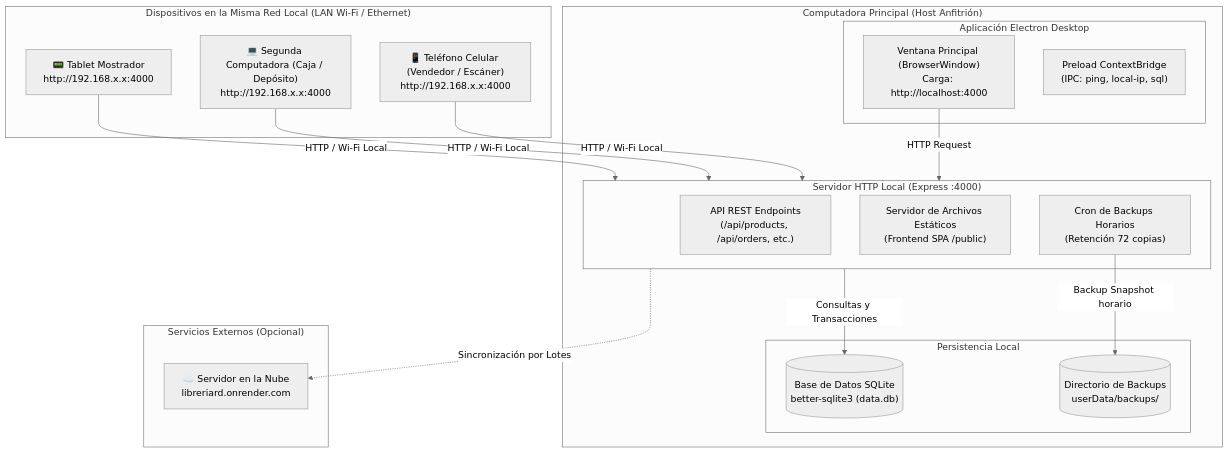
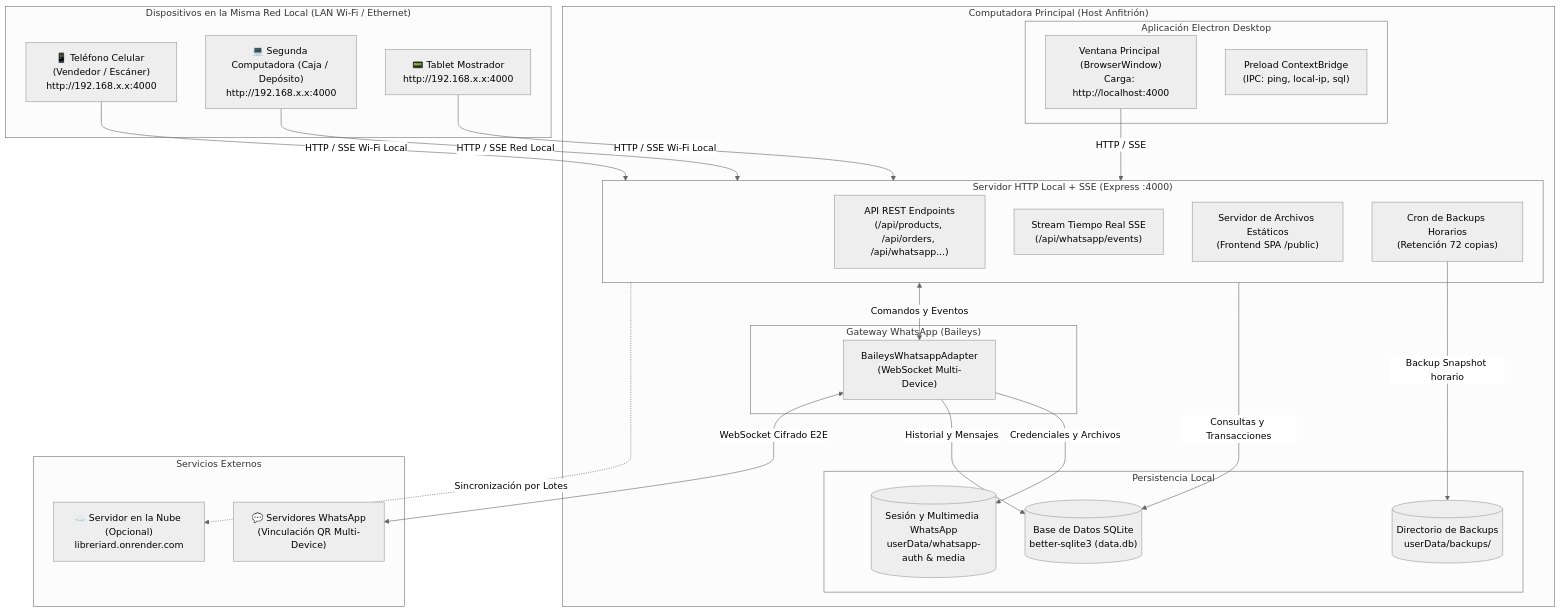
One commit to degetmateo/pos-system-desktop changed the diagram in README.md. Above: the diagram before and after it, drawn with Mermaid (neutral theme). The commit also changed other lines of this file and 115 other files, not shown here.

````diff
--- a/README.md
+++ b/README.md
@@ -11,40 +11,51 @@
 ```mermaid
 flowchart TD
     subgraph Host["Computadora Principal (Host Anfitrión)"]
         subgraph ElectronApp["Aplicación Electron Desktop"]
             BrowserWin["Ventana Principal (BrowserWindow)\nCarga: http://localhost:4000"]
             Preload["Preload ContextBridge\n(IPC: ping, local-ip, sql)"]
         end
 
-        subgraph ExpressServer["Servidor HTTP Local (Express :4000)"]
-            Router["API REST Endpoints\n(/api/products, /api/orders, etc.)"]
+        subgraph ExpressServer["Servidor HTTP Local + SSE (Express :4000)"]
+            Router["API REST Endpoints\n(/api/products, /api/orders, /api/whatsapp...)"]
+            SSE["Stream Tiempo Real SSE\n(/api/whatsapp/events)"]
             StaticServ["Servidor de Archivos Estáticos\n(Frontend SPA /public)"]
             CronJobs["Cron de Backups Horarios\n(Retención 72 copias)"]
         end
 
+        subgraph WaGateway["Gateway WhatsApp (Baileys)"]
+            BaileysSock["BaileysWhatsappAdapter\n(WebSocket Multi-Device)"]
+        end
+
         subgraph Storage["Persistencia Local"]
             SQLite[("Base de Datos SQLite\nbetter-sqlite3 (data.db)")]
+            WaStore[("Sesión y Multimedia WhatsApp\nuserData/whatsapp-auth & media")]
             Backups[("Directorio de Backups\nuserData/backups/")]
         end
 
-        BrowserWin -->|HTTP Request| ExpressServer
+        BrowserWin -->|HTTP / SSE| ExpressServer
         ExpressServer -->|Consultas y Transacciones| SQLite
+        ExpressServer <-->|Comandos y Eventos| BaileysSock
+        BaileysSock -->|Credenciales y Archivos| WaStore
+        BaileysSock -->|Historial y Mensajes| SQLite
         CronJobs -->|Backup Snapshot horario| Backups
     end
 
     subgraph LAN["Dispositivos en la Misma Red Local (LAN Wi-Fi / Ethernet)"]
         Device1["📱 Teléfono Celular (Vendedor / Escáner)\nhttp://192.168.x.x:4000"]
         Device2["💻 Segunda Computadora (Caja / Depósito)\nhttp://192.168.x.x:4000"]
         Device3["📟 Tablet Mostrador\nhttp://192.168.x.x:4000"]
     end
 
-    Device1 -->|HTTP / Wi-Fi Local| ExpressServer
-    Device2 -->|HTTP / Wi-Fi Local| ExpressServer
-    Device3 -->|HTTP / Wi-Fi Local| ExpressServer
+    Device1 -->|HTTP / SSE Wi-Fi Local| ExpressServer
+    Device2 -->|HTTP / SSE Red Local| ExpressServer
+    Device3 -->|HTTP / SSE Wi-Fi Local| ExpressServer
 
-    subgraph Cloud["Servicios Externos (Opcional)"]
-        RenderAPI["☁️ Servidor en la Nube\nlibreriard.onrender.com"]
+    subgraph Cloud["Servicios Externos"]
+        WaCloud["💬 Servidores WhatsApp\n(Vinculación QR Multi-Device)"]
+        RenderAPI["☁️ Servidor en la Nube (Opcional)\nlibreriard.onrender.com"]
     end
 
+    BaileysSock <-->|WebSocket Cifrado E2E| WaCloud
     ExpressServer -.->|Sincronización por Lotes| RenderAPI
 ```
````
